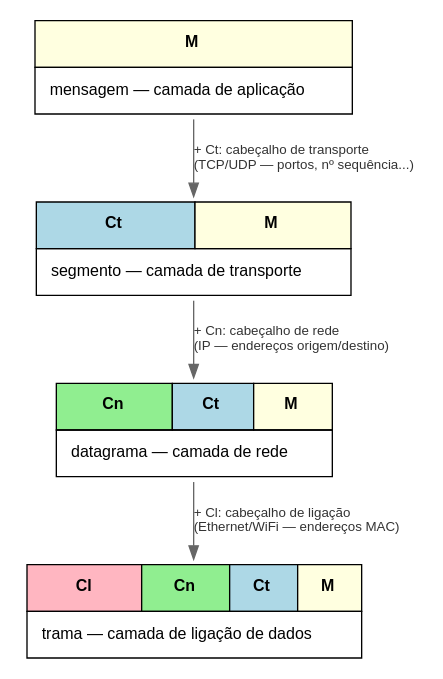
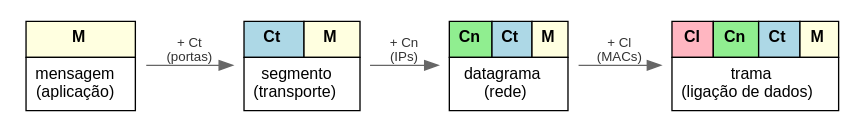
One commit to GoncaloAS/FCUP_1S_3A changed the diagram in Redes/figuras/encapsulamento.dot. Above: the diagram before and after it, drawn with Graphviz. The commit also changed 58 other files, not shown here.

Commit message:
new architecture for token usage reduction

```diff
--- a/Redes/figuras/encapsulamento.dot
+++ b/Redes/figuras/encapsulamento.dot
@@ -1,37 +1,37 @@
 digraph encapsulamento {
-  rankdir=TB;
+  rankdir=LR; nodesep=0.2; ranksep=0.35;
   node [shape=plaintext, fontsize=12, fontname="Helvetica"];
   edge [fontsize=10, fontname="Helvetica", color="gray40", fontcolor="gray20"];
 
   msg [label=<
-    <table border="0" cellborder="1" cellspacing="0" cellpadding="10">
+    <table border="0" cellborder="1" cellspacing="0" cellpadding="6">
       <tr><td bgcolor="lightyellow"><b>M</b></td></tr>
-      <tr><td>mensagem &#8212; camada de aplica&#231;&#227;o</td></tr>
+      <tr><td>mensagem<br/>(aplica&#231;&#227;o)</td></tr>
     </table>
   >];
 
   seg [label=<
-    <table border="0" cellborder="1" cellspacing="0" cellpadding="10">
+    <table border="0" cellborder="1" cellspacing="0" cellpadding="6">
       <tr><td bgcolor="lightblue"><b>Ct</b></td><td bgcolor="lightyellow"><b>M</b></td></tr>
-      <tr><td colspan="2">segmento &#8212; camada de transporte</td></tr>
+      <tr><td colspan="2">segmento<br/>(transporte)</td></tr>
     </table>
   >];
 
   dat [label=<
-    <table border="0" cellborder="1" cellspacing="0" cellpadding="10">
+    <table border="0" cellborder="1" cellspacing="0" cellpadding="6">
       <tr><td bgcolor="lightgreen"><b>Cn</b></td><td bgcolor="lightblue"><b>Ct</b></td><td bgcolor="lightyellow"><b>M</b></td></tr>
-      <tr><td colspan="3">datagrama &#8212; camada de rede</td></tr>
+      <tr><td colspan="3">datagrama<br/>(rede)</td></tr>
     </table>
   >];
 
   trm [label=<
-    <table border="0" cellborder="1" cellspacing="0" cellpadding="10">
+    <table border="0" cellborder="1" cellspacing="0" cellpadding="6">
       <tr><td bgcolor="lightpink"><b>Cl</b></td><td bgcolor="lightgreen"><b>Cn</b></td><td bgcolor="lightblue"><b>Ct</b></td><td bgcolor="lightyellow"><b>M</b></td></tr>
-      <tr><td colspan="4">trama &#8212; camada de liga&#231;&#227;o de dados</td></tr>
+      <tr><td colspan="4">trama<br/>(liga&#231;&#227;o de dados)</td></tr>
     </table>
   >];
 
-  msg -> seg [label="+ Ct: cabe&#231;alho de transporte\l(TCP/UDP &#8212; portos, nº sequ&#234;ncia...)\l"];
-  seg -> dat [label="+ Cn: cabe&#231;alho de rede\l(IP &#8212; endere&#231;os origem/destino)\l"];
-  dat -> trm [label="+ Cl: cabe&#231;alho de liga&#231;&#227;o\l(Ethernet/WiFi &#8212; endere&#231;os MAC)\l"];
+  msg -> seg [label="+ Ct\n(portas)"];
+  seg -> dat [label="+ Cn\n(IPs)"];
+  dat -> trm [label="+ Cl\n(MACs)"];
 }
```
